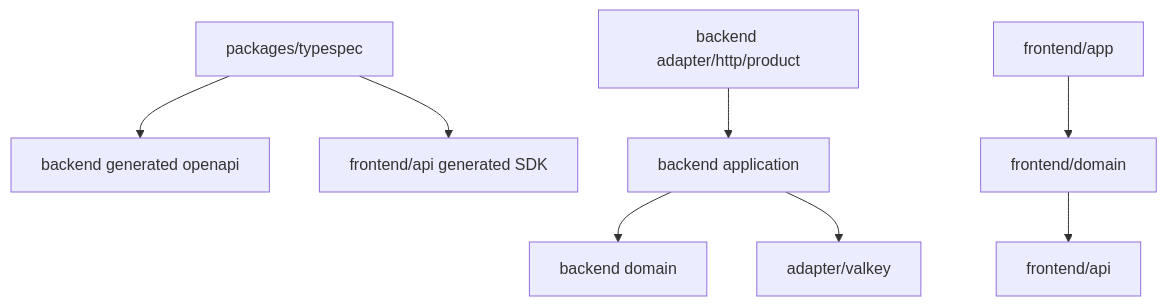
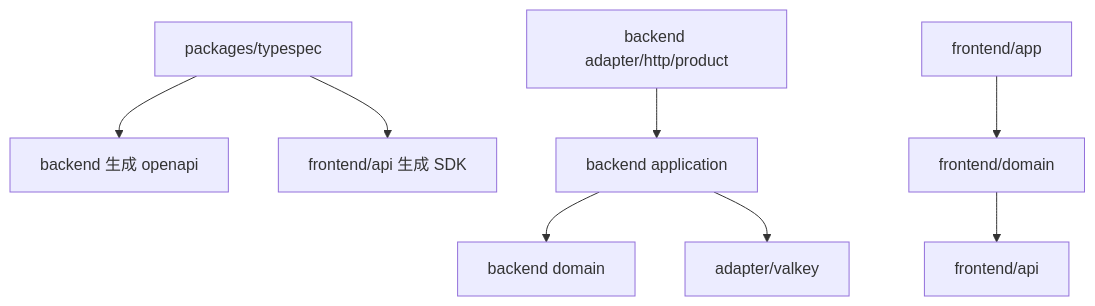
One commit to witwire-net/www-template changed the second of 5 diagrams in openspec/changes/product-cookie-bearer-auth/design.md. Above: the diagram before and after it, drawn with Mermaid. The commit also changed other lines of this file and 12 other files, not shown here.

````diff
--- a/openspec/changes/product-cookie-bearer-auth/design.md
+++ b/openspec/changes/product-cookie-bearer-auth/design.md
@@ -125,10 +125,10 @@
 ```mermaid
 flowchart TB
-  Typespec[packages/typespec] --> GeneratedGo[backend generated openapi]
-  Typespec --> GeneratedTS[frontend/api generated SDK]
+  Typespec[packages/typespec] --> GeneratedGo[backend 生成 openapi]
+  Typespec --> GeneratedTS[frontend/api 生成 SDK]
   BackendHTTP[backend adapter/http/product] --> BackendApp[backend application]
   BackendApp --> BackendDomain[backend domain]
   BackendApp --> Valkey[adapter/valkey]
   FrontendApp[frontend/app] --> FrontendDomain[frontend/domain]
   FrontendDomain --> FrontendAPI[frontend/api]
 ```
````
